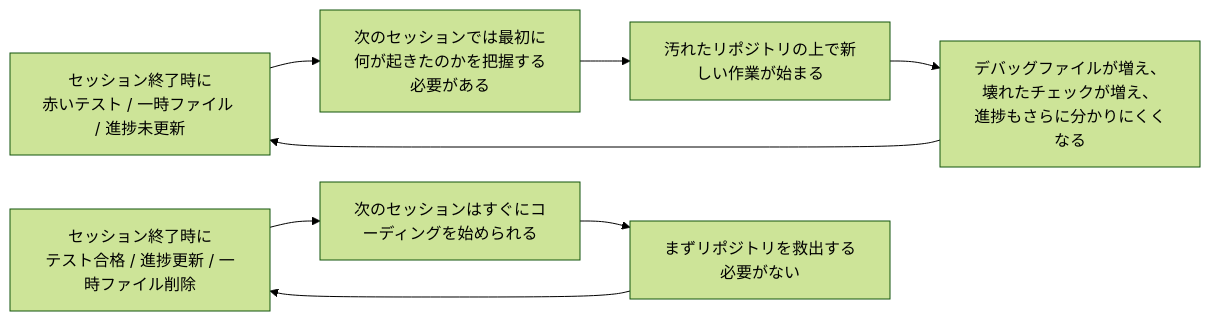
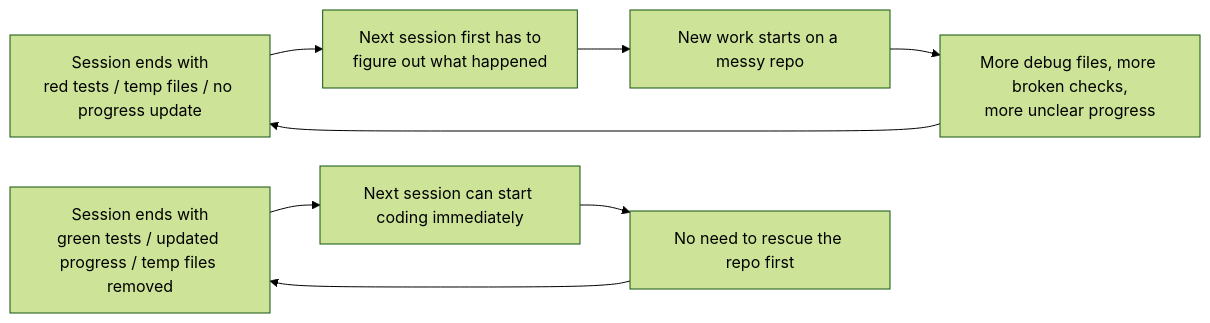
Before and after one commit to mkusaka/learn-harness-engineering: the second of 2 diagrams in docs/en/lectures/lecture-12-why-every-session-must-leave-a-clean-state/index.md, drawn with Mermaid (forest theme). The commit also changed other lines of this file and 684 other files, not shown here.

````diff
--- a/docs/en/lectures/lecture-12-why-every-session-must-leave-a-clean-state/index.md
+++ b/docs/en/lectures/lecture-12-why-every-session-must-leave-a-clean-state/index.md
@@ -39,11 +39,11 @@
 ```mermaid
 flowchart LR
-    Dirty["セッション終了時に<br/>赤いテスト / 一時ファイル / 進捗未更新"] --> Diagnose["次のセッションでは最初に<br/>何が起きたのかを把握する必要がある"]
-    Diagnose --> Fragile["汚れたリポジトリの上で新しい作業が始まる"]
-    Fragile --> More["デバッグファイルが増え、壊れたチェックが増え、<br/>進捗もさらに分かりにくくなる"]
+    Dirty["Session ends with<br/>red tests / temp files / no progress update"] --> Diagnose["Next session first has to<br/>figure out what happened"]
+    Diagnose --> Fragile["New work starts on a messy repo"]
+    Fragile --> More["More debug files, more broken checks,<br/>more unclear progress"]
     More --> Dirty
 
-    Clean["セッション終了時に<br/>テスト合格 / 進捗更新 / 一時ファイル削除"] --> Fast["次のセッションはすぐにコーディングを始められる"]
-    Fast --> Stable["まずリポジトリを救出する必要がない"]
+    Clean["Session ends with<br/>green tests / updated progress / temp files removed"] --> Fast["Next session can start coding immediately"]
+    Fast --> Stable["No need to rescue the repo first"]
     Stable --> Clean
 ```
````
